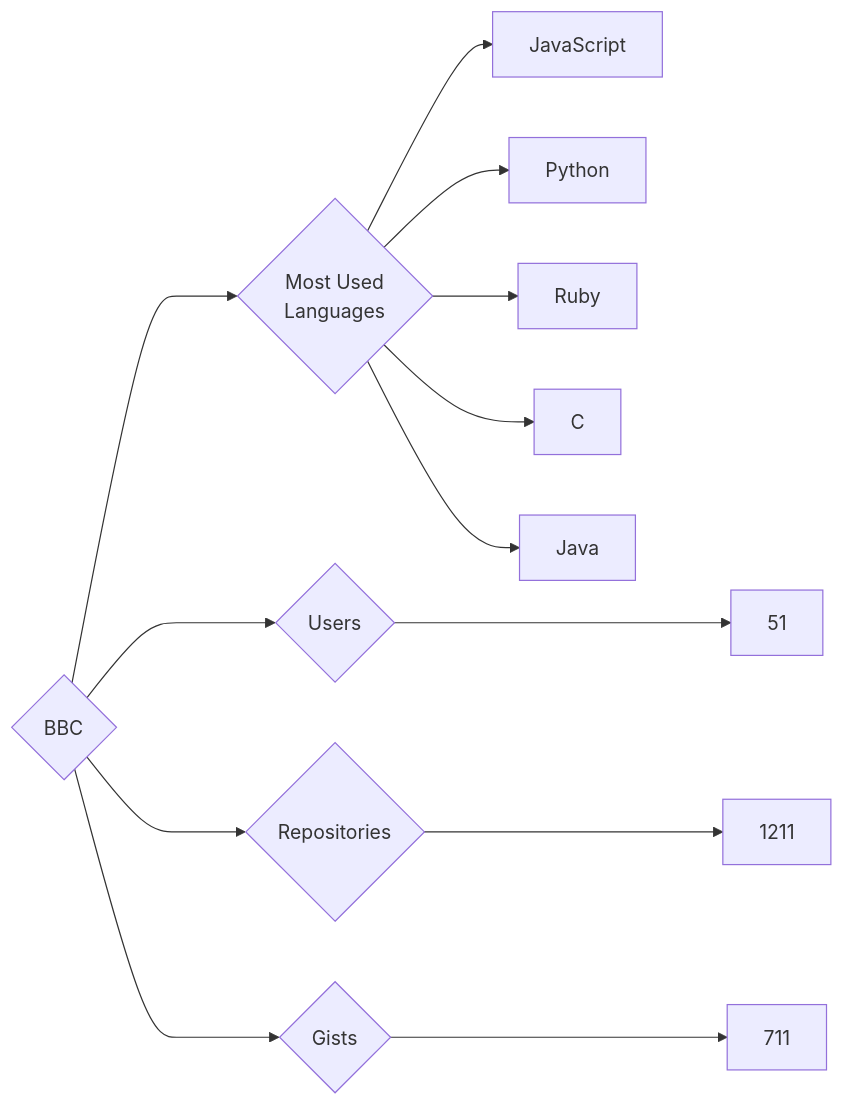
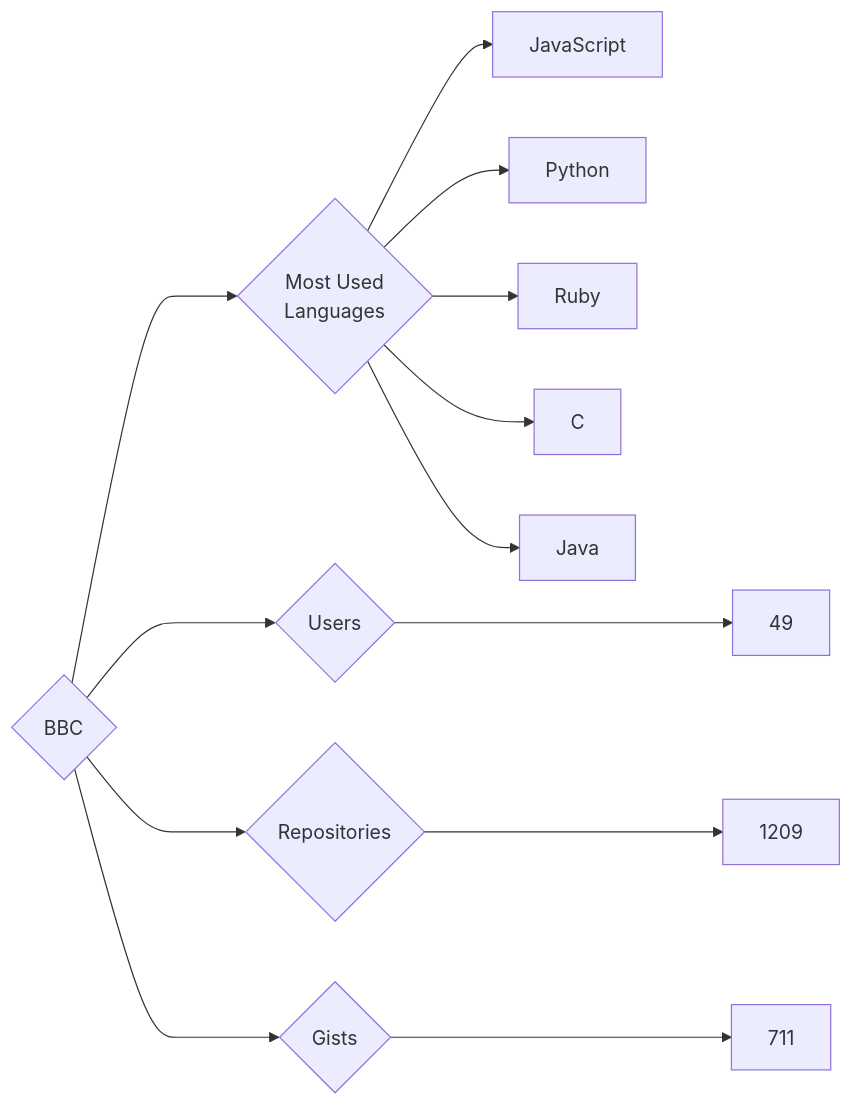
Before and after one commit to trickest/insiders: the diagram in targets/BBC/README.md, drawn with Mermaid. The commit also changed 594 other files, not shown here.

````diff
--- a/targets/BBC/README.md
+++ b/targets/BBC/README.md
@@ -3,13 +3,13 @@
 ```mermaid
 graph LR
 COMPANY_NAME{BBC}
-COMPANY_NAME ---> U{Users} ---> UN[51]
-COMPANY_NAME ---> R{Repositories} ---> RN[1211]
+COMPANY_NAME ---> U{Users} ---> UN[49]
+COMPANY_NAME ---> R{Repositories} ---> RN[1209]
 COMPANY_NAME ---> G{Gists} ---> GN[711]
 COMPANY_NAME ---> ML{Most Used<br>Languages}
 ML --> JavaScript[JavaScript]
 ML --> Python[Python]
 ML --> Ruby[Ruby]
 ML --> C[C]
 ML --> Java[Java]
 ```
````
